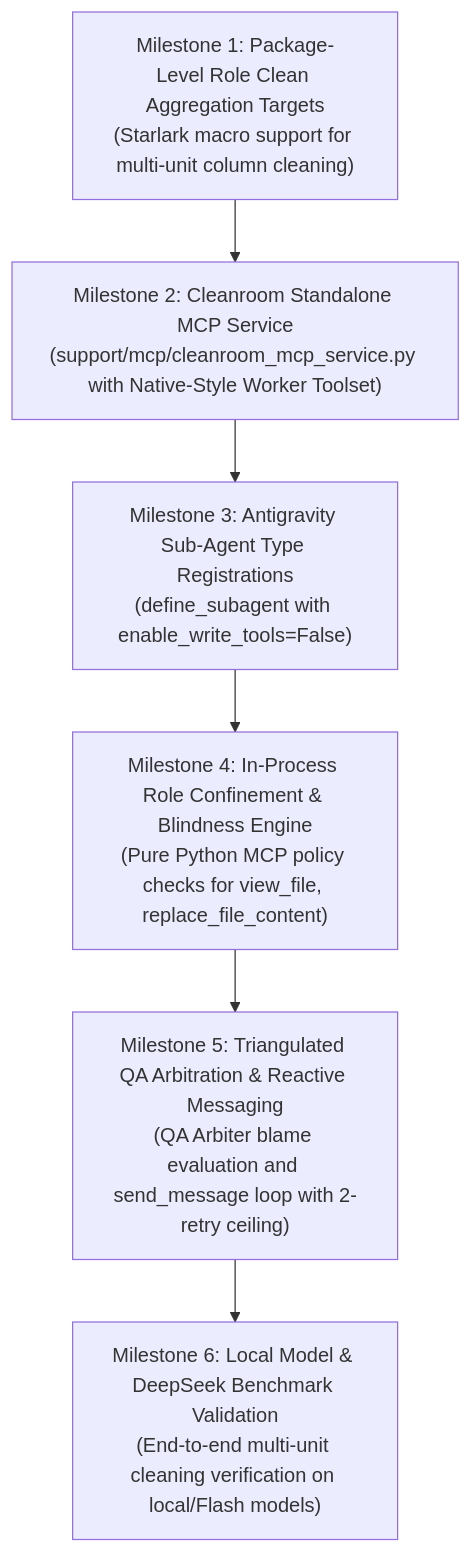
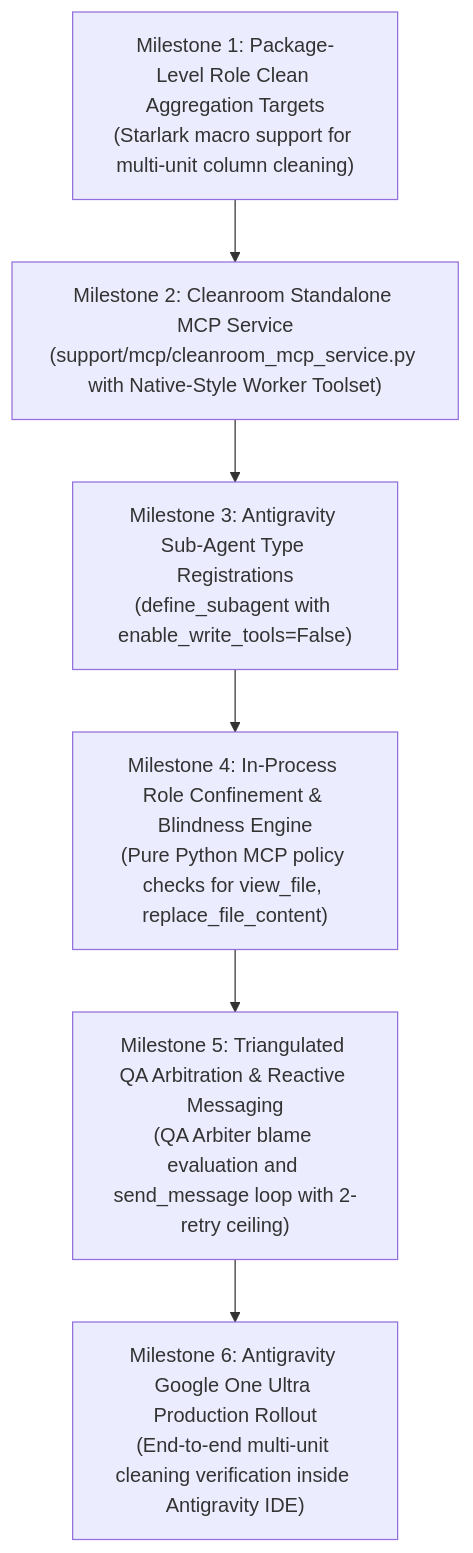
The eighth of 8 diagrams in design-docs/antigravity_integration.md (mcdirmid/cleanroom), drawn with Mermaid before and after one commit. The commit also changed other lines of this file and 23 other files, not shown here.

````diff
--- a/design-docs/antigravity_integration.md
+++ b/design-docs/antigravity_integration.md
@@ -756,11 +795,11 @@
 ```mermaid
 flowchart TD
     M1["Milestone 1: Package-Level Role Clean Aggregation Targets<br/>(Starlark macro support for multi-unit column cleaning)"]
     M2["Milestone 2: Cleanroom Standalone MCP Service<br/>(support/mcp/cleanroom_mcp_service.py with Native-Style Worker Toolset)"]
     M3["Milestone 3: Antigravity Sub-Agent Type Registrations<br/>(define_subagent with enable_write_tools=False)"]
     M4["Milestone 4: In-Process Role Confinement & Blindness Engine<br/>(Pure Python MCP policy checks for view_file, replace_file_content)"]
     M5["Milestone 5: Triangulated QA Arbitration & Reactive Messaging<br/>(QA Arbiter blame evaluation and send_message loop with 2-retry ceiling)"]
-    M6["Milestone 6: Local Model & DeepSeek Benchmark Validation<br/>(End-to-end multi-unit cleaning verification on local/Flash models)"]
+    M6["Milestone 6: Antigravity Google One Ultra Production Rollout<br/>(End-to-end multi-unit cleaning verification inside Antigravity IDE)"]
 
     M1 --> M2 --> M3 --> M4 --> M5 --> M6
 ```
````
